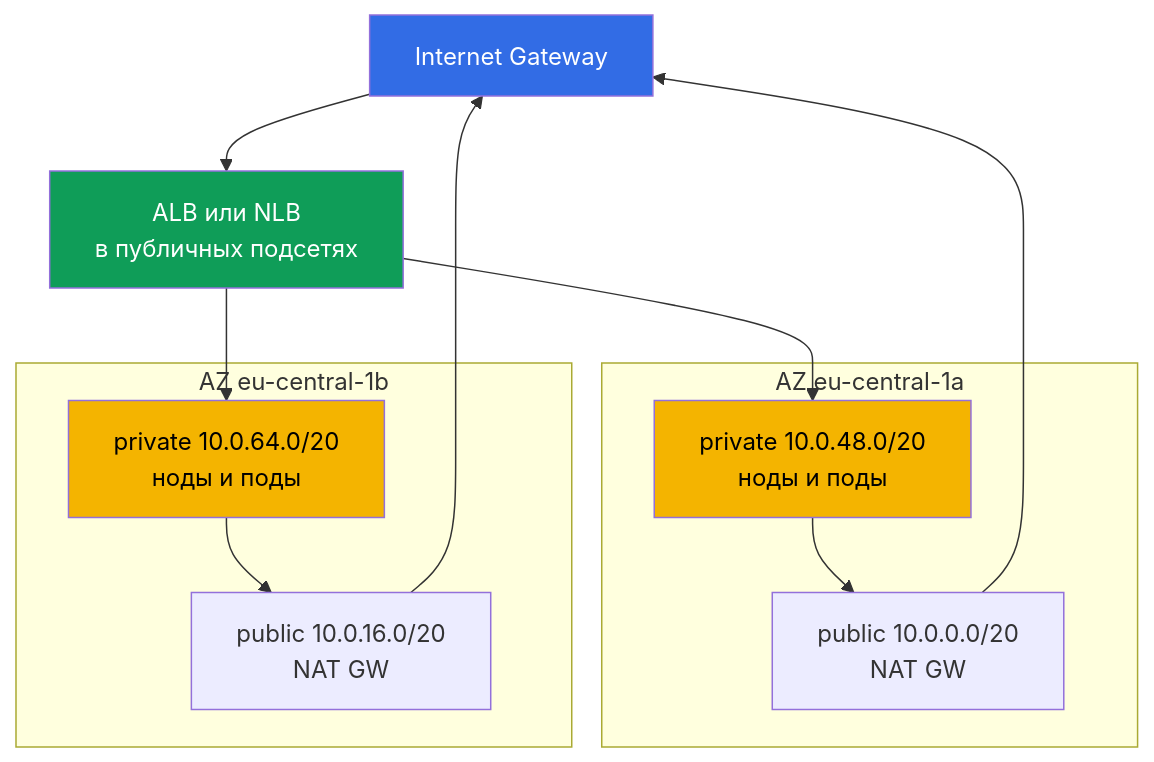
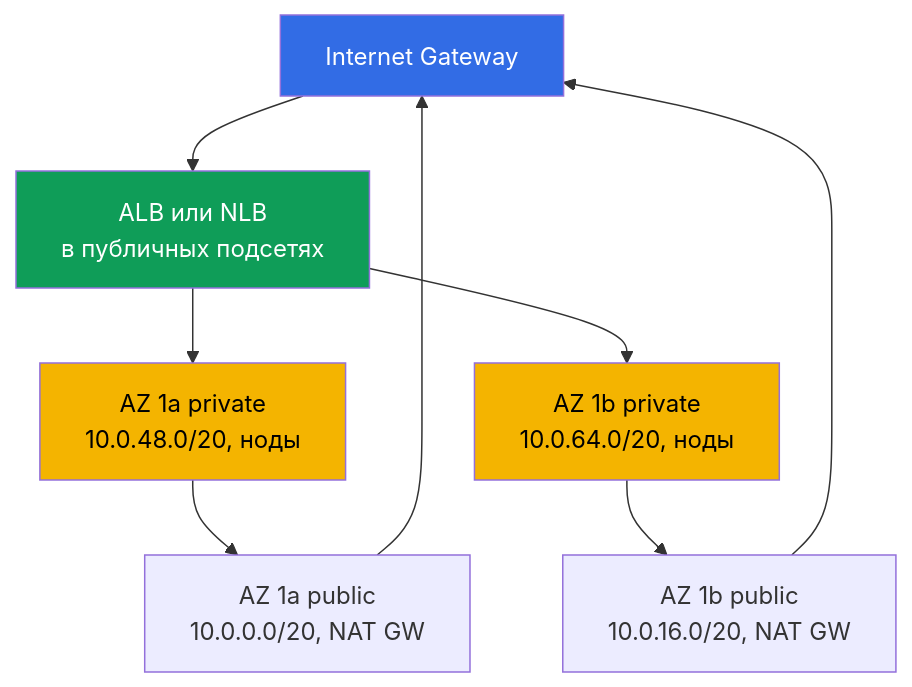
One commit to ViktorUJ/cks changed the first of 3 diagrams in tasks/eks/course/00-3-vpc/ru.md. Above: the diagram before and after it, drawn with Mermaid. The commit also changed other lines of this file and 52 other files, not shown here.

````diff
--- a/tasks/eks/course/00-3-vpc/ru.md
+++ b/tasks/eks/course/00-3-vpc/ru.md
@@ -55,20 +55,14 @@
 ```mermaid
 flowchart TB
-    igw["Internet Gateway"] --> alb["ALB или NLB<br>в публичных подсетях"]
-    subgraph az_a["AZ eu-central-1a"]
-        puba["public 10.0.0.0/20<br>NAT GW"]
-        pria["private 10.0.48.0/20<br>ноды и поды"]
-    end
-    subgraph az_b["AZ eu-central-1b"]
-        pubb["public 10.0.16.0/20<br>NAT GW"]
-        prib["private 10.0.64.0/20<br>ноды и поды"]
-    end
-    alb --> pria
-    alb --> prib
-    pria --> puba --> igw
-    prib --> pubb --> igw
+    igw["Internet Gateway"] --> alb["ALB или NLB<br/>в публичных подсетях"]
+    alb --> pria["AZ 1a private<br/>10.0.48.0/20, ноды"]
+    alb --> prib["AZ 1b private<br/>10.0.64.0/20, ноды"]
+    pria --> puba["AZ 1a public<br/>10.0.0.0/20, NAT GW"]
+    prib --> pubb["AZ 1b public<br/>10.0.16.0/20, NAT GW"]
+    puba --> igw
+    pubb --> igw
     style igw fill:#326ce5,color:#fff
     style alb fill:#0f9d58,color:#fff
     style pria fill:#f4b400,color:#000
     style prib fill:#f4b400,color:#000
 ```
````
